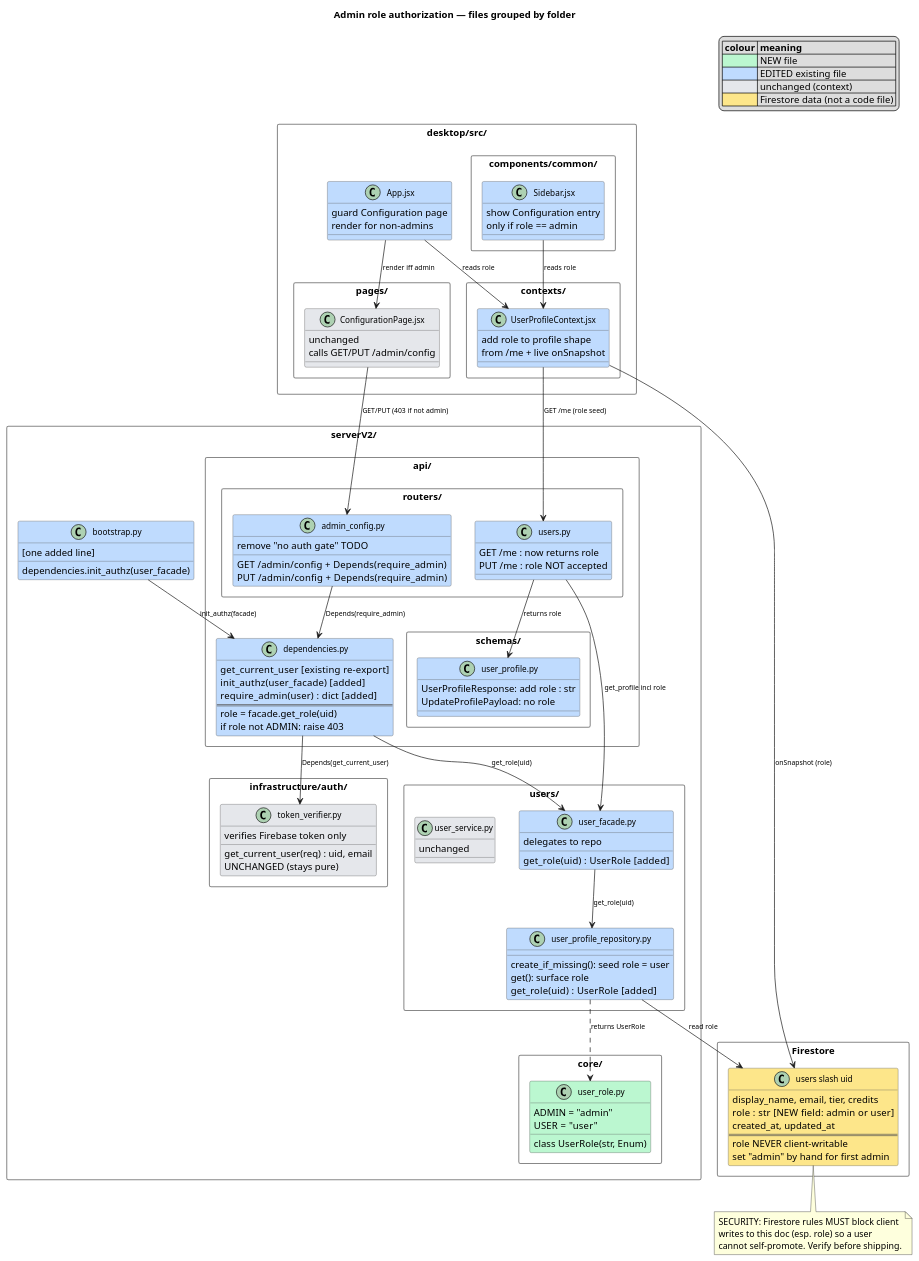
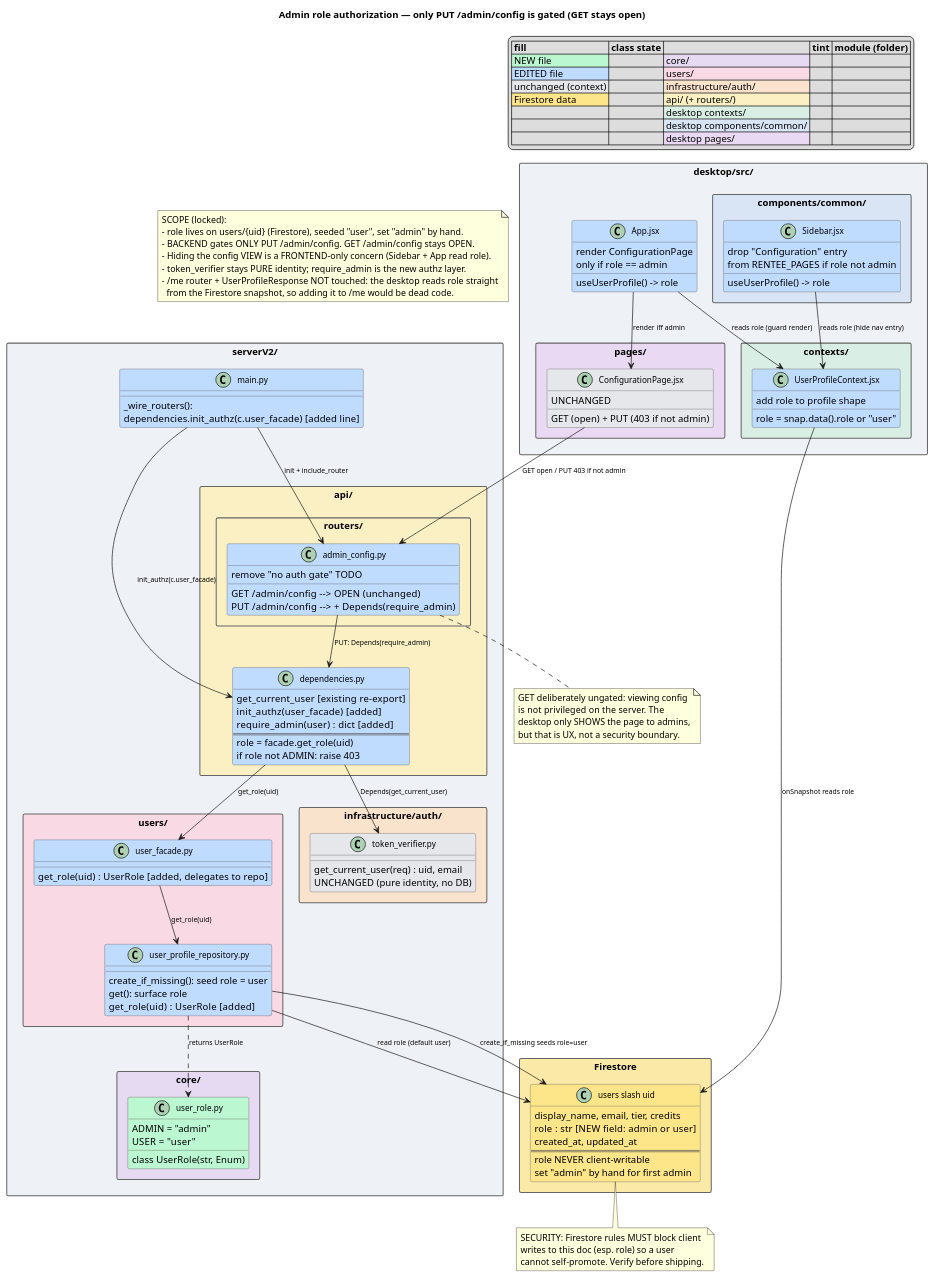
One commit to SaptarshiMazumder/pc-torrent changed the diagram in serverV2/umls/plans/admin_role_authz_classes.puml. Above: the diagram before and after it, drawn with PlantUML. The commit also changed 13 other files, not shown here.

```diff
--- a/serverV2/umls/plans/admin_role_authz_classes.puml
+++ b/serverV2/umls/plans/admin_role_authz_classes.puml
@@ -1,168 +1,174 @@
 @startuml admin_role_authz_classes
 
 skinparam shadowing false
 skinparam classFontSize 12
 skinparam ArrowFontSize 10
 skinparam packageStyle rectangle
-skinparam packageBorderColor #888888
+skinparam packageBorderColor #666666
 skinparam classBorderColor #555555
 
-title Admin role authorization — files grouped by folder
+title Admin role authorization — only PUT /admin/config is gated (GET stays open)
 
 legend top right
-|= colour |= meaning |
-|<#bbf7d0>| NEW file |
-|<#bfdbfe>| EDITED existing file |
-|<#e5e7eb>| unchanged (context) |
-|<#fde68a>| Firestore data (not a code file) |
+|= fill |= class state |   |= tint |= module (folder) |
+|<#bbf7d0> NEW file | |<#E6D9F2> core/ |
+|<#bfdbfe> EDITED file | |<#F8D9E4> users/ |
+|<#e5e7eb> unchanged (context) | |<#FAE3CC> infrastructure/auth/ |
+|<#fde68a> Firestore data | |<#FBF0C4> api/ (+ routers/) |
+| | |<#D9EFE5> desktop contexts/ |
+| | |<#D9E4F5> desktop components/common/ |
+| | |<#EAD9F2> desktop pages/ |
 endlegend
+
+note as N_scope
+  SCOPE (locked):
+  - role lives on users/{uid} (Firestore), seeded "user", set "admin" by hand.
+  - BACKEND gates ONLY PUT /admin/config.  GET /admin/config stays OPEN.
+  - Hiding the config VIEW is a FRONTEND-only concern (Sidebar + App read role).
+  - token_verifier stays PURE identity; require_admin is the new authz layer.
+  - /me router + UserProfileResponse NOT touched: the desktop reads role straight
+    from the Firestore snapshot, so adding it to /me would be dead code.
+end note
 
 ' =====================================================================
 ' BACKEND : serverV2/
 ' =====================================================================
-package "serverV2/" {
+package "serverV2/" #EEF2F7 {
 
-  package "core/" {
+  package "core/" #E6D9F2 {
     class "user_role.py" as user_role #bbf7d0 {
       class UserRole(str, Enum)
       ADMIN = "admin"
       USER  = "user"
     }
   }
 
-  package "users/" {
+  package "users/" #F8D9E4 {
     class "user_profile_repository.py" as repo #bfdbfe {
       create_if_missing(): seed role = user
       get(): surface role
       get_role(uid) : UserRole   [added]
     }
     class "user_facade.py" as facade #bfdbfe {
-      get_role(uid) : UserRole   [added]
-      delegates to repo
-    }
-    class "user_service.py" as svc #e5e7eb {
-      unchanged
+      get_role(uid) : UserRole   [added, delegates to repo]
     }
   }
 
-  package "infrastructure/auth/" {
+  package "infrastructure/auth/" #FAE3CC {
     class "token_verifier.py" as token #e5e7eb {
       get_current_user(req) : uid, email
-      verifies Firebase token only
-      UNCHANGED (stays pure)
+      UNCHANGED (pure identity, no DB)
     }
   }
 
-  package "api/" {
+  package "api/" #FBF0C4 {
     class "dependencies.py" as deps #bfdbfe {
       get_current_user   [existing re-export]
       init_authz(user_facade)   [added]
       require_admin(user) : dict   [added]
       ==
       role = facade.get_role(uid)
       if role not ADMIN: raise 403
     }
 
-    package "routers/" {
+    package "routers/" #FBF0C4 {
       class "admin_config.py" as admin_router #bfdbfe {
-        GET /admin/config   + Depends(require_admin)
-        PUT /admin/config   + Depends(require_admin)
+        GET /admin/config   --> OPEN (unchanged)
+        PUT /admin/config   --> + Depends(require_admin)
         remove "no auth gate" TODO
-      }
-      class "users.py" as users_router #bfdbfe {
-        GET /me : now returns role
-        PUT /me : role NOT accepted
-      }
-    }
-
-    package "schemas/" {
-      class "user_profile.py" as schema #bfdbfe {
-        UserProfileResponse: add role : str
-        UpdateProfilePayload: no role
       }
     }
   }
 
-  class "bootstrap.py" as boot #bfdbfe {
-    dependencies.init_authz(user_facade)
-    [one added line]
+  class "main.py" as mainpy #bfdbfe {
+    _wire_routers():
+    dependencies.init_authz(c.user_facade)   [added line]
   }
 }
 
 ' =====================================================================
 ' FRONTEND : desktop/src/
 ' =====================================================================
-package "desktop/src/" {
+package "desktop/src/" #EEF2F7 {
 
-  package "contexts/" {
+  package "contexts/" #D9EFE5 {
     class "UserProfileContext.jsx" as ctx #bfdbfe {
       add role to profile shape
-      from /me + live onSnapshot
+      role = snap.data().role or "user"
     }
   }
 
-  package "components/common/" {
+  package "components/common/" #D9E4F5 {
     class "Sidebar.jsx" as sidebar #bfdbfe {
-      show Configuration entry
-      only if role == admin
+      useUserProfile() -> role
+      drop "Configuration" entry
+      from RENTEE_PAGES if role not admin
     }
   }
 
   class "App.jsx" as app #bfdbfe {
-    guard Configuration page
-    render for non-admins
+    useUserProfile() -> role
+    render ConfigurationPage
+    only if role == admin
   }
 
-  package "pages/" {
+  package "pages/" #EAD9F2 {
     class "ConfigurationPage.jsx" as configpage #e5e7eb {
-      unchanged
-      calls GET/PUT /admin/config
+      UNCHANGED
+      GET (open) + PUT (403 if not admin)
     }
   }
 }
 
 ' =====================================================================
 ' STORAGE
 ' =====================================================================
-package "Firestore" {
+package "Firestore" #FBE9A8 {
   class "users slash uid" as fsdoc #fde68a {
     display_name, email, tier, credits
     role : str   [NEW field: admin or user]
     created_at, updated_at
     ==
     role NEVER client-writable
     set "admin" by hand for first admin
   }
 }
 
 ' =====================================================================
-' SERVER AUTHORIZATION FLOW
+' BACKEND AUTHZ FLOW  (PUT only)
 ' =====================================================================
-admin_router --> deps        : Depends(require_admin)
+admin_router --> deps        : PUT: Depends(require_admin)
 deps --> token               : Depends(get_current_user)
 deps --> facade              : get_role(uid)
 facade --> repo              : get_role(uid)
-repo --> fsdoc               : read role
+repo --> fsdoc               : read role (default user)
 repo ..> user_role           : returns UserRole
-boot --> deps                : init_authz(facade)
+mainpy --> deps              : init_authz(c.user_facade)
+mainpy --> admin_router      : init + include_router
 
-users_router --> facade      : get_profile incl role
-users_router --> schema      : returns role
+' create seeds the field
+repo --> fsdoc               : create_if_missing seeds role=user
 
 ' =====================================================================
 ' FRONTEND FLOW
 ' =====================================================================
-ctx --> fsdoc                : onSnapshot (role)
-ctx --> users_router         : GET /me (role seed)
-sidebar --> ctx              : reads role
-app --> ctx                  : reads role
+ctx --> fsdoc                : onSnapshot reads role
+sidebar --> ctx              : reads role (hide nav entry)
+app --> ctx                  : reads role (guard render)
 app --> configpage           : render iff admin
-configpage --> admin_router  : GET/PUT (403 if not admin)
+configpage --> admin_router  : GET open / PUT 403 if not admin
 
 note bottom of fsdoc
   SECURITY: Firestore rules MUST block client
   writes to this doc (esp. role) so a user
   cannot self-promote. Verify before shipping.
 end note
 
+note bottom of admin_router
+  GET deliberately ungated: viewing config
+  is not privileged on the server.  The
+  desktop only SHOWS the page to admins,
+  but that is UX, not a security boundary.
+end note
+
 @enduml
```
